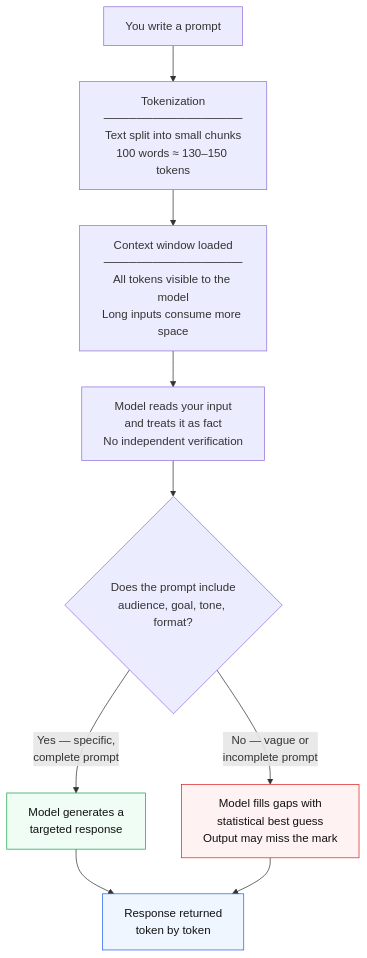
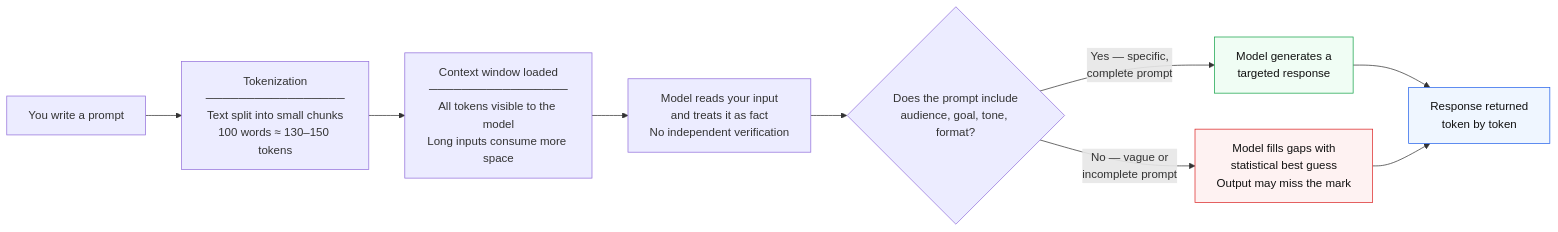
Before and after one commit to datatweets/advanced-prompt-engineering: the diagram in Module-1-Prompt-Engineering-Basics/01-what-is-ai.md, drawn with Mermaid.

Commit message:
add diagram

````diff
--- a/Module-1-Prompt-Engineering-Basics/01-what-is-ai.md
+++ b/Module-1-Prompt-Engineering-Basics/01-what-is-ai.md
@@ -72,15 +72,15 @@
 ```mermaid
-flowchart TD
+flowchart LR
     A["You write a prompt"] --> B["Tokenization\n─────────────────\nText split into small chunks\n100 words ≈ 130–150 tokens"]
     B --> C["Context window loaded\n─────────────────\nAll tokens visible to the model\nLong inputs consume more space"]
     C --> D["Model reads your input\nand treats it as fact\nNo independent verification"]
     D --> E{"Does the prompt include\naudience, goal, tone, format?"}
     E -- "Yes — specific,\ncomplete prompt" --> F["Model generates a\ntargeted response"]
     E -- "No — vague or\nincomplete prompt" --> G["Model fills gaps with\nstatistical best guess\nOutput may miss the mark"]
     F --> H["Response returned\ntoken by token"]
     G --> H
 
     style G fill:#fef2f2,stroke:#dc2626,color:#111
     style F fill:#f0fdf4,stroke:#16a34a,color:#111
     style H fill:#eff6ff,stroke:#2563eb,color:#111
 ```
````
